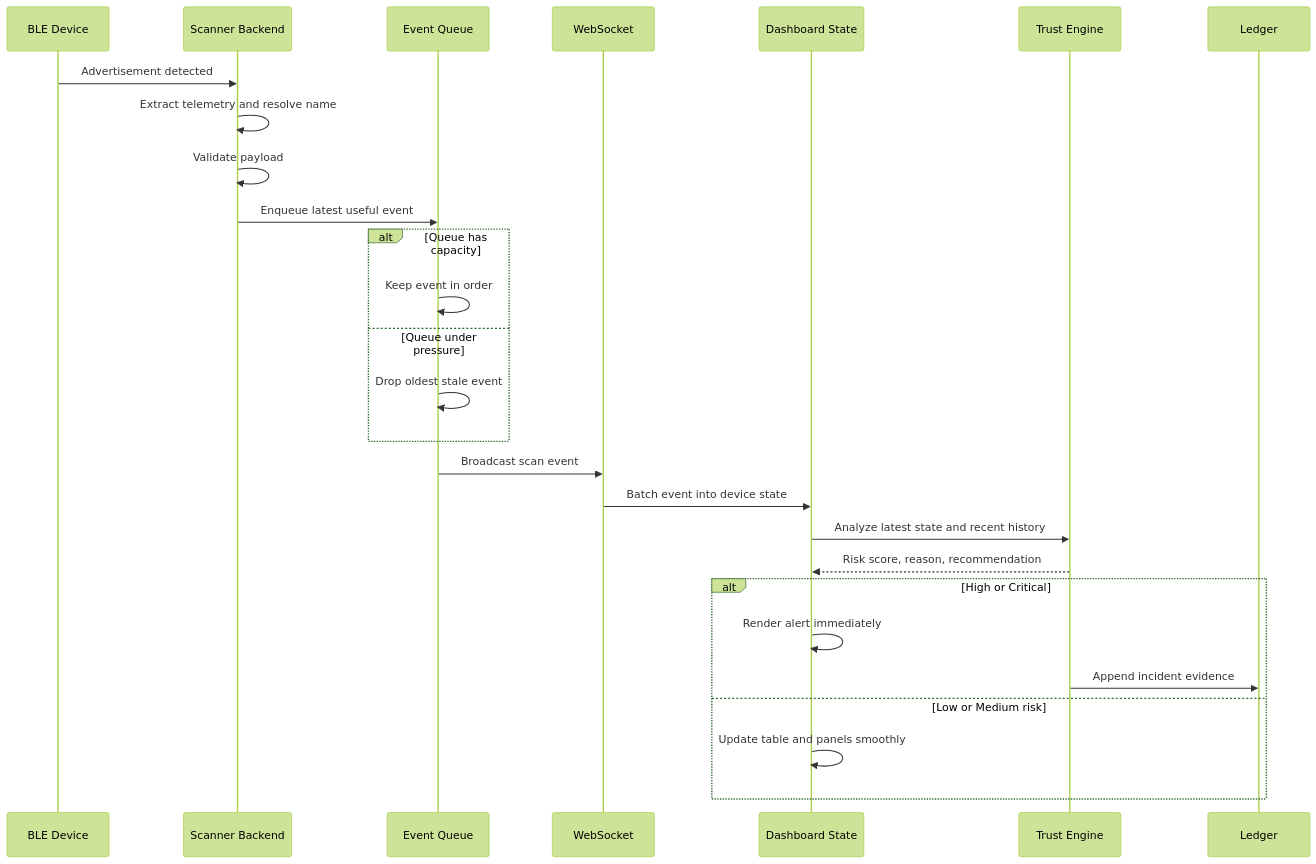
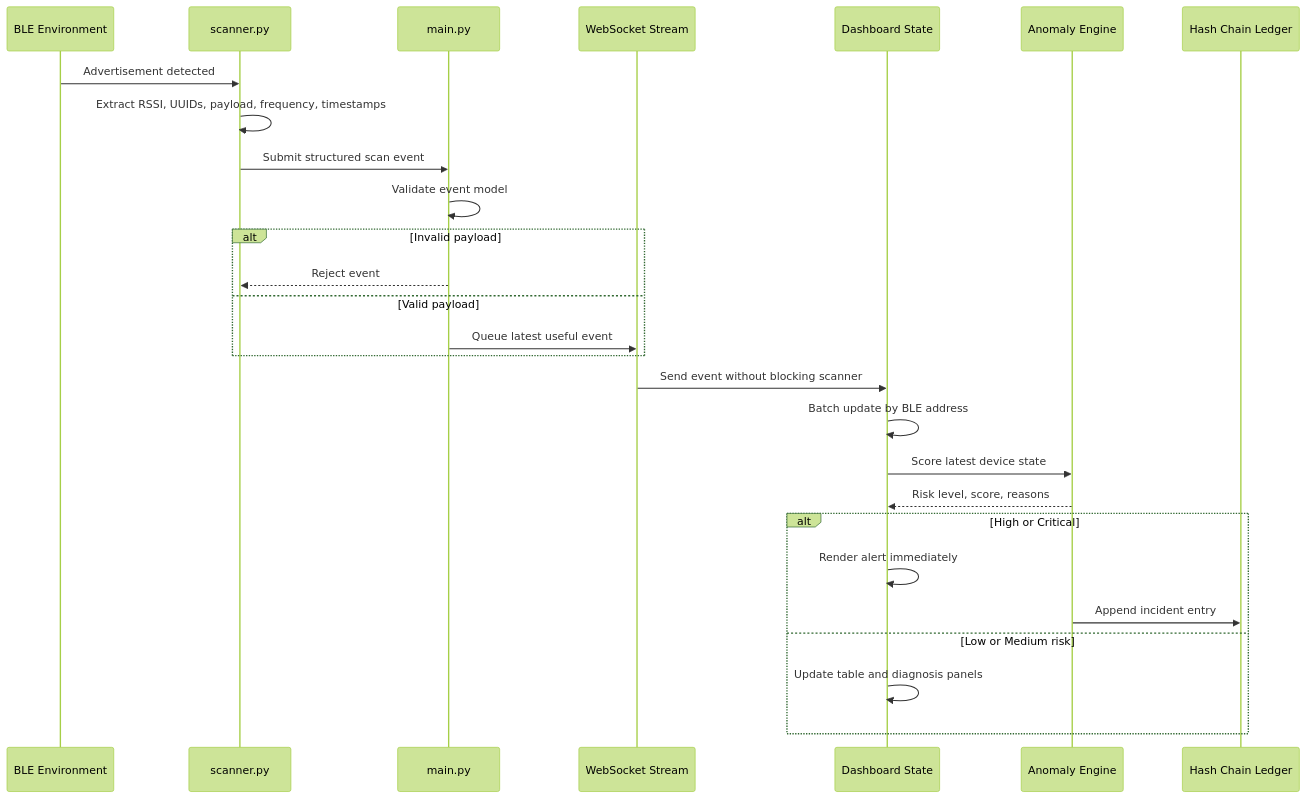
Before and after one commit to manasvi-0523/BLE_TRUST-REGISTRY: the third of 4 diagrams in README.md, drawn with Mermaid (forest theme). The commit also changed other lines of this file, not shown here.

Commit message:
docs: match readme diagram style to reference

````diff
--- a/README.md
+++ b/README.md
@@ -126,30 +125,30 @@
 ```mermaid
 sequenceDiagram
-    participant Device as BLE Device
-    participant Backend as Scanner Backend
-    participant Queue as Event Queue
-    participant Socket as WebSocket
-    participant Dashboard as Dashboard State
-    participant Engine as Trust Engine
-    participant Ledger as Ledger
+    participant BLE as BLE Environment
+    participant S as scanner.py
+    participant API as main.py
+    participant WS as WebSocket Stream
+    participant UI as Dashboard State
+    participant AE as Anomaly Engine
+    participant HC as Hash Chain Ledger
 
-    Device->>Backend: Advertisement detected
-    Backend->>Backend: Extract telemetry and resolve name
-    Backend->>Backend: Validate payload
-    Backend->>Queue: Enqueue latest useful event
-    alt Queue has capacity
-        Queue->>Queue: Keep event in order
-    else Queue under pressure
-        Queue->>Queue: Drop oldest stale event
+    BLE->>S: Advertisement detected
+    S->>S: Extract RSSI, UUIDs, payload, frequency, timestamps
+    S->>API: Submit structured scan event
+    API->>API: Validate event model
+    alt Invalid payload
+        API-->>S: Reject event
+    else Valid payload
+        API->>WS: Queue latest useful event
     end
-    Queue->>Socket: Broadcast scan event
-    Socket->>Dashboard: Batch event into device state
-    Dashboard->>Engine: Analyze latest state and recent history
-    Engine-->>Dashboard: Risk score, reason, recommendation
+    WS->>UI: Send event without blocking scanner
+    UI->>UI: Batch update by BLE address
+    UI->>AE: Score latest device state
+    AE-->>UI: Risk level, score, reasons
     alt High or Critical
-        Dashboard->>Dashboard: Render alert immediately
-        Engine->>Ledger: Append incident evidence
+        UI->>UI: Render alert immediately
+        AE->>HC: Append incident entry
     else Low or Medium risk
-        Dashboard->>Dashboard: Update table and panels smoothly
+        UI->>UI: Update table and diagnosis panels
     end
 ```
````
